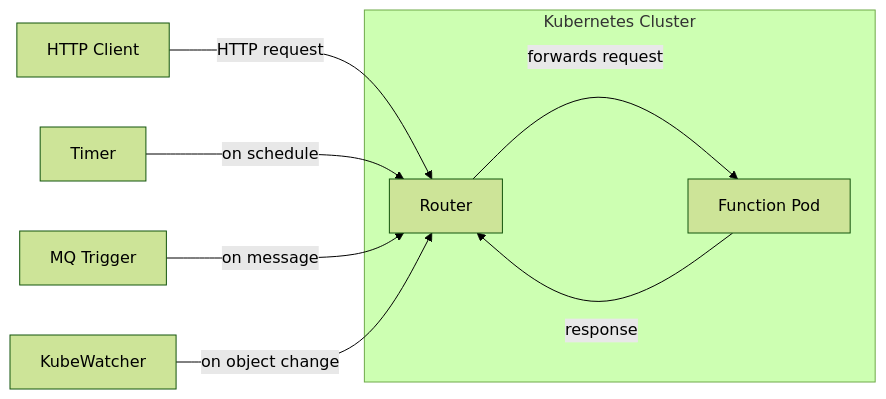
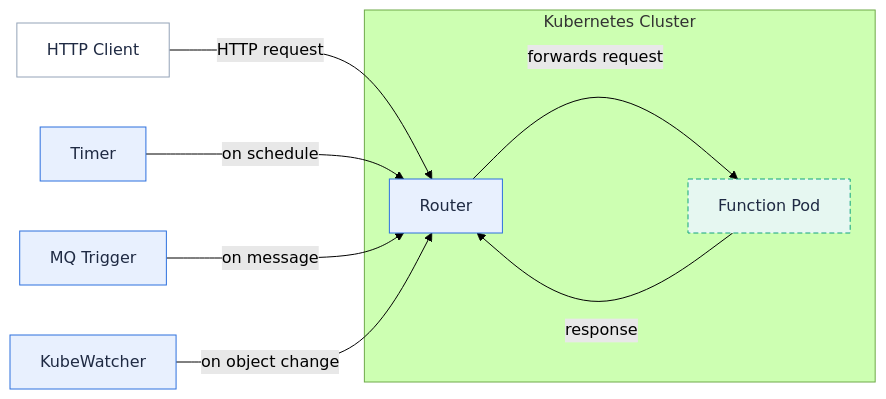
Before and after one commit to fission/fission.io: the diagram in content/en/docs/usage/triggers/_index.md, drawn with Mermaid (forest theme). The commit also changed 30 other files, not shown here.

First line of the commit message:
Address PR feedback: zoomable diagrams, multi-color kit, centering, preview links

````diff
--- a/content/en/docs/usage/triggers/_index.md
+++ b/content/en/docs/usage/triggers/_index.md
@@ -34,19 +34,22 @@
 ```mermaid
 flowchart LR
-  client["HTTP Client"]
-  timer["Timer"]
-  mqt["MQ Trigger"]
-  watch["KubeWatcher"]
+  client["HTTP Client"]:::user
+  timer["Timer"]:::fission
+  mqt["MQ Trigger"]:::fission
+  watch["KubeWatcher"]:::fission
 
   subgraph k8s["Kubernetes Cluster"]
-    router["Router"]
-    fnPod["Function Pod"]
+    router["Router"]:::fission
+    fnPod["Function Pod"]:::pod
   end
 
   client -->|"HTTP request"| router
   timer -->|"on schedule"| router
   mqt -->|"on message"| router
   watch -->|"on object change"| router
   router -->|"forwards request"| fnPod
   fnPod -->|"response"| router
+  classDef user fill:#ffffff,stroke:#94a3b8,color:#1f2a43
+  classDef fission fill:#e8f0fe,stroke:#2d70de,color:#1f2a43
+  classDef pod fill:#e6f7f1,stroke:#11a37f,color:#1f2a43,stroke-dasharray:5 3
 ```
````
